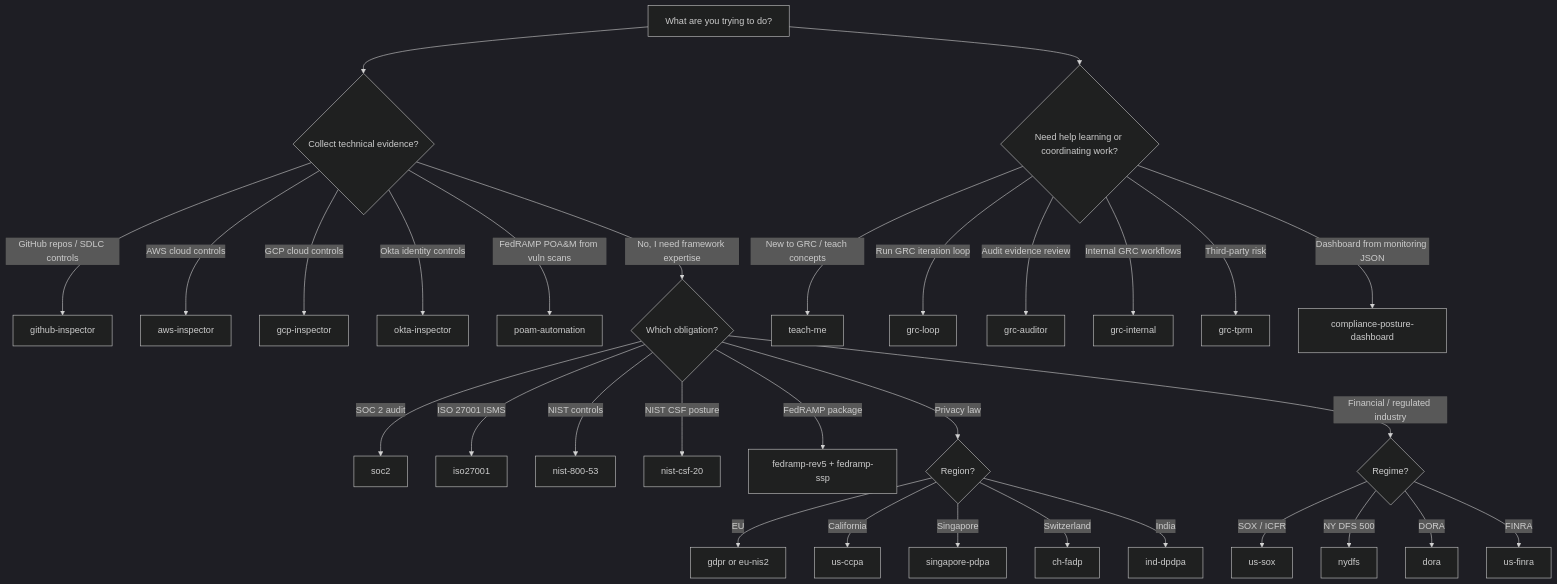
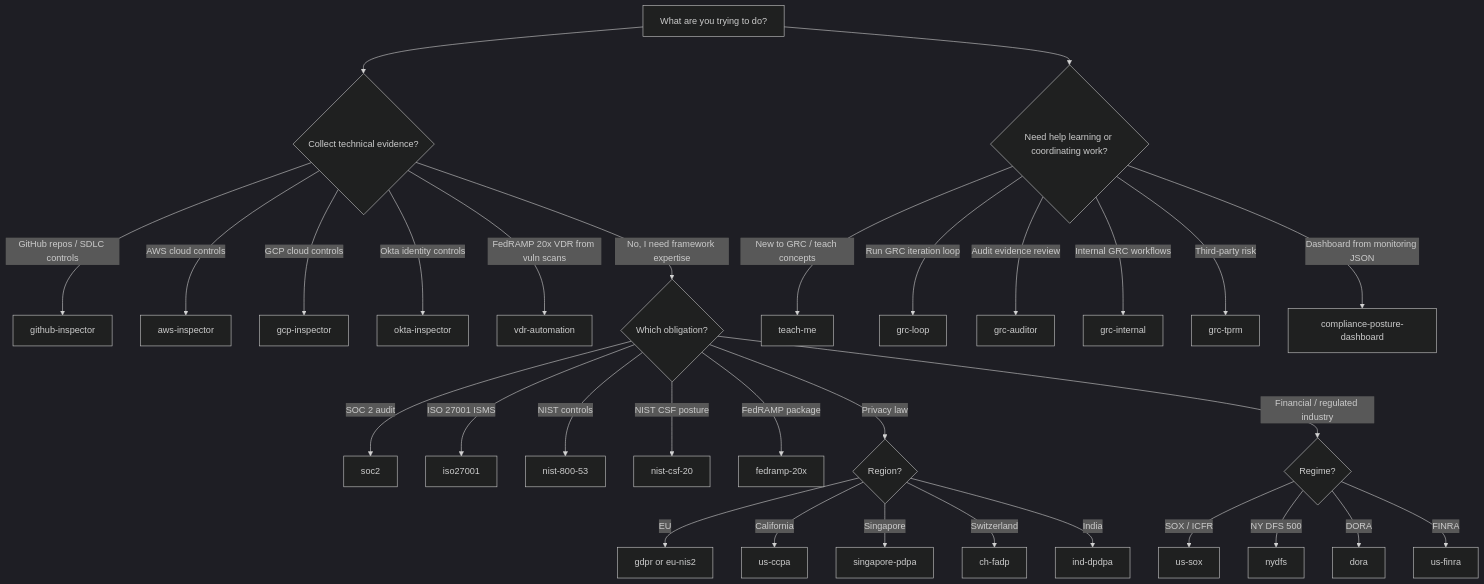
The diagram in docs/QUICKSTART.md (GRCEngClub/claude-grc-engineering), drawn with Mermaid (dark theme) before and after one commit. The commit also changed other lines of this file and 49 other files, not shown here.

First line of the commit message:
chore(fedramp): remove fedramp-rev5 and fedramp-ssp, rename poam-automation to vdr-automation (#280)

````diff
--- a/docs/QUICKSTART.md
+++ b/docs/QUICKSTART.md
@@ -39,37 +39,37 @@
 ```mermaid
 flowchart TD
     A[What are you trying to do?] --> B{Collect technical evidence?}
     B -->|GitHub repos / SDLC controls| GH[github-inspector]
     B -->|AWS cloud controls| AWS[aws-inspector]
     B -->|GCP cloud controls| GCP[gcp-inspector]
     B -->|Okta identity controls| OKTA[okta-inspector]
-    B -->|FedRAMP POA&M from vuln scans| POAM[poam-automation]
+    B -->|FedRAMP 20x VDR from vuln scans| VDR[vdr-automation]
     B -->|No, I need framework expertise| C{Which obligation?}
 
     C -->|SOC 2 audit| SOC2[soc2]
     C -->|ISO 27001 ISMS| ISO[iso27001]
     C -->|NIST controls| NIST[nist-800-53]
     C -->|NIST CSF posture| CSF[nist-csf-20]
-    C -->|FedRAMP package| FED[fedramp-rev5 + fedramp-ssp]
+    C -->|FedRAMP package| FED[fedramp-20x]
     C -->|Privacy law| PRIV{Region?}
     C -->|Financial / regulated industry| FIN{Regime?}
 
     PRIV -->|EU| GDPR[gdpr or eu-nis2]
     PRIV -->|California| CCPA[us-ccpa]
     PRIV -->|Singapore| PDPA[singapore-pdpa]
     PRIV -->|Switzerland| FADP[ch-fadp]
     PRIV -->|India| DPDPA[ind-dpdpa]
 
     FIN -->|SOX / ICFR| SOX[us-sox]
     FIN -->|NY DFS 500| NYDFS[nydfs]
     FIN -->|DORA| DORA[dora]
     FIN -->|FINRA| FINRA[us-finra]
 
     A --> D{Need help learning or coordinating work?}
     D -->|New to GRC / teach concepts| TEACH[teach-me]
     D -->|Run GRC iteration loop| LOOP[grc-loop]
     D -->|Audit evidence review| AUDIT[grc-auditor]
     D -->|Internal GRC workflows| INTERNAL[grc-internal]
     D -->|Third-party risk| TPRM[grc-tprm]
     D -->|Dashboard from monitoring JSON| DASH[compliance-posture-dashboard]
 ```
````
